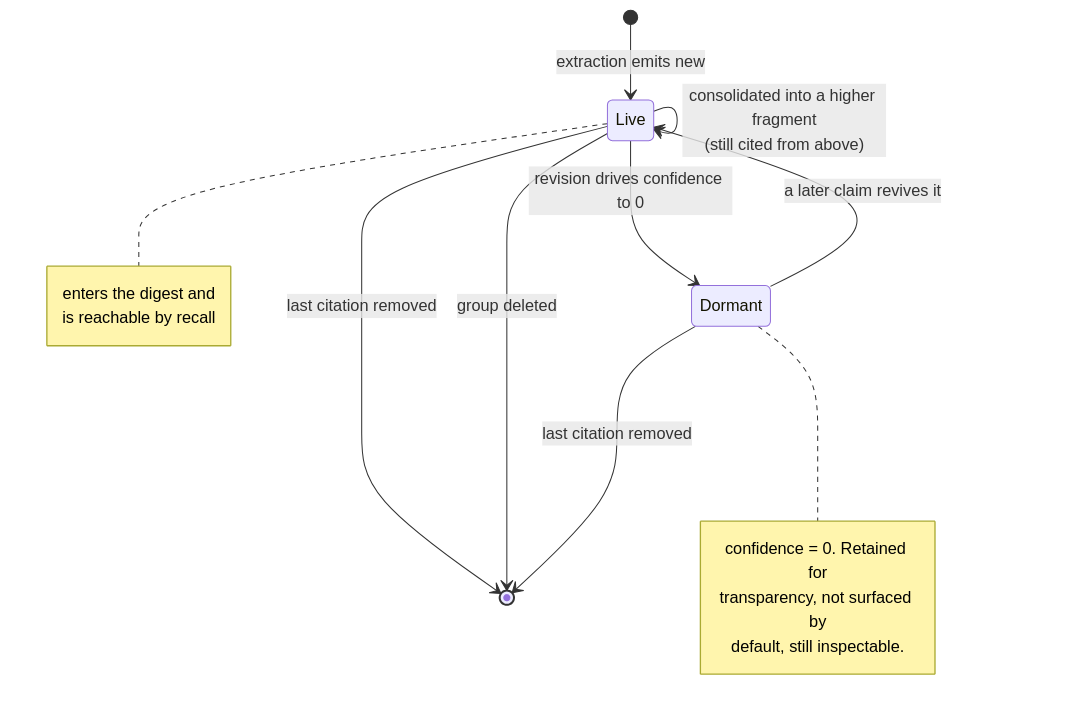
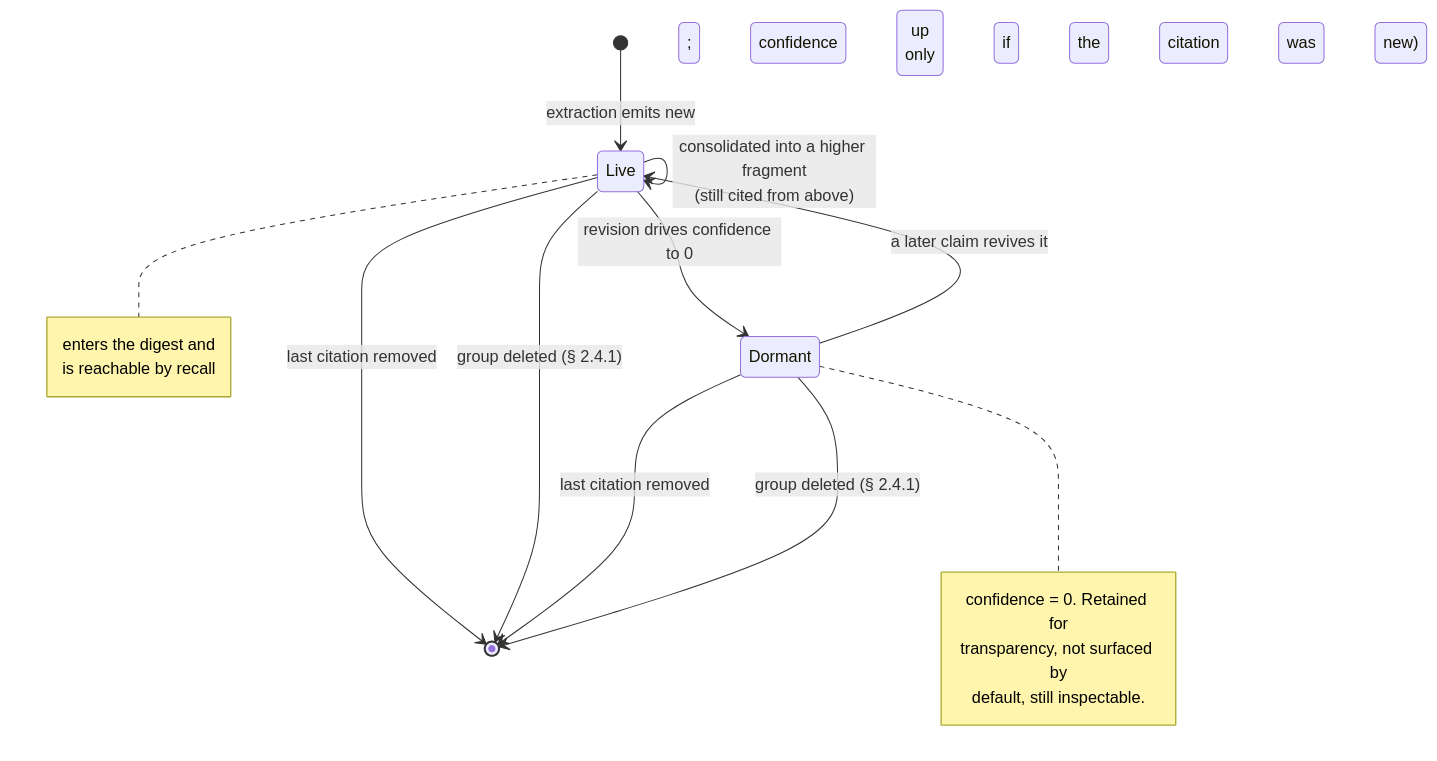
The ninth of 12 diagrams in docs/plans/memory-and-groups.md (Alorcus/agent_project), drawn with Mermaid before and after one commit. The commit also changed other lines of this file, not shown here.

````diff
--- a/docs/plans/memory-and-groups.md
+++ b/docs/plans/memory-and-groups.md
@@ -709,26 +827,27 @@
 ```mermaid
 stateDiagram-v2
     [*] --> Live : extraction emits new
 
-    Live --> Live : reinforce<br/>(citation added, confidence up)
+    Live --> Live : reinforce<br/>(citation added; confidence up<br/>only if the citation was new)
     Live --> Live : revise<br/>(text rewritten, confidence recomputed)
     Live --> Live : consolidated into a higher fragment<br/>(still cited from above)
     Live --> Dormant : revision drives confidence to 0
 
     Dormant --> Live : a later claim revives it
 
     Live --> [*] : last citation removed
-    Live --> [*] : group deleted
+    Live --> [*] : group deleted (§ 2.4.1)
     Dormant --> [*] : last citation removed
+    Dormant --> [*] : group deleted (§ 2.4.1)
 
     note right of Live
         enters the digest and
         is reachable by recall
     end note
 
     note right of Dormant
         confidence = 0. Retained for
         transparency, not surfaced by
         default, still inspectable.
     end note
 ```
````
